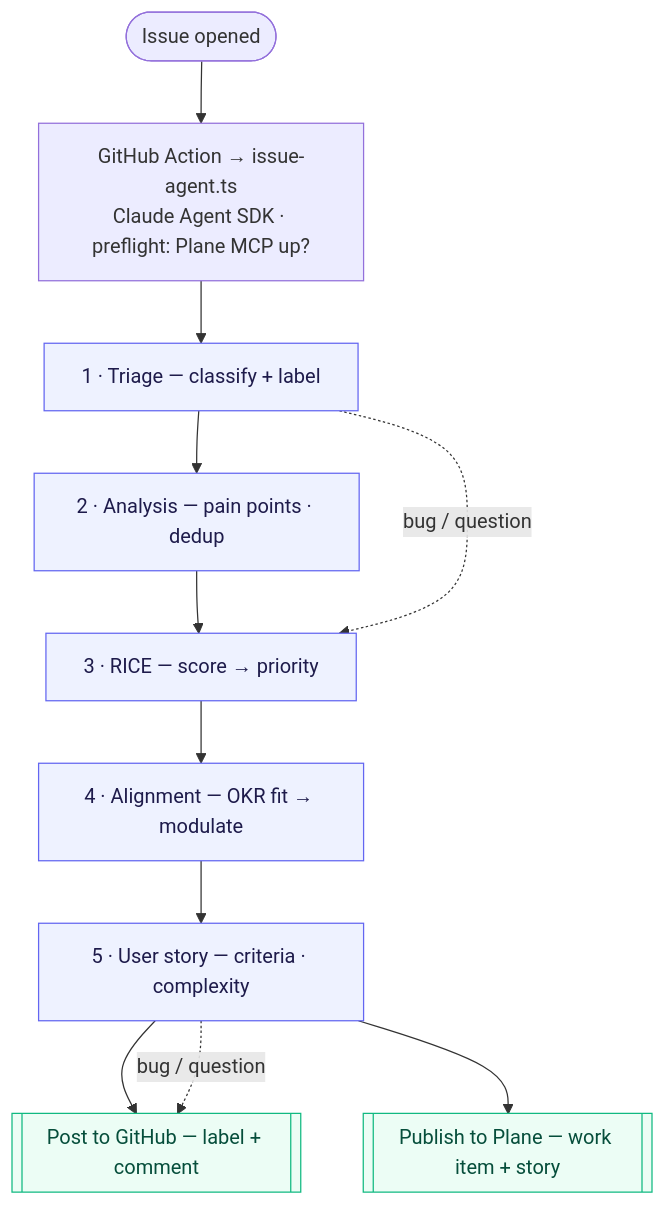
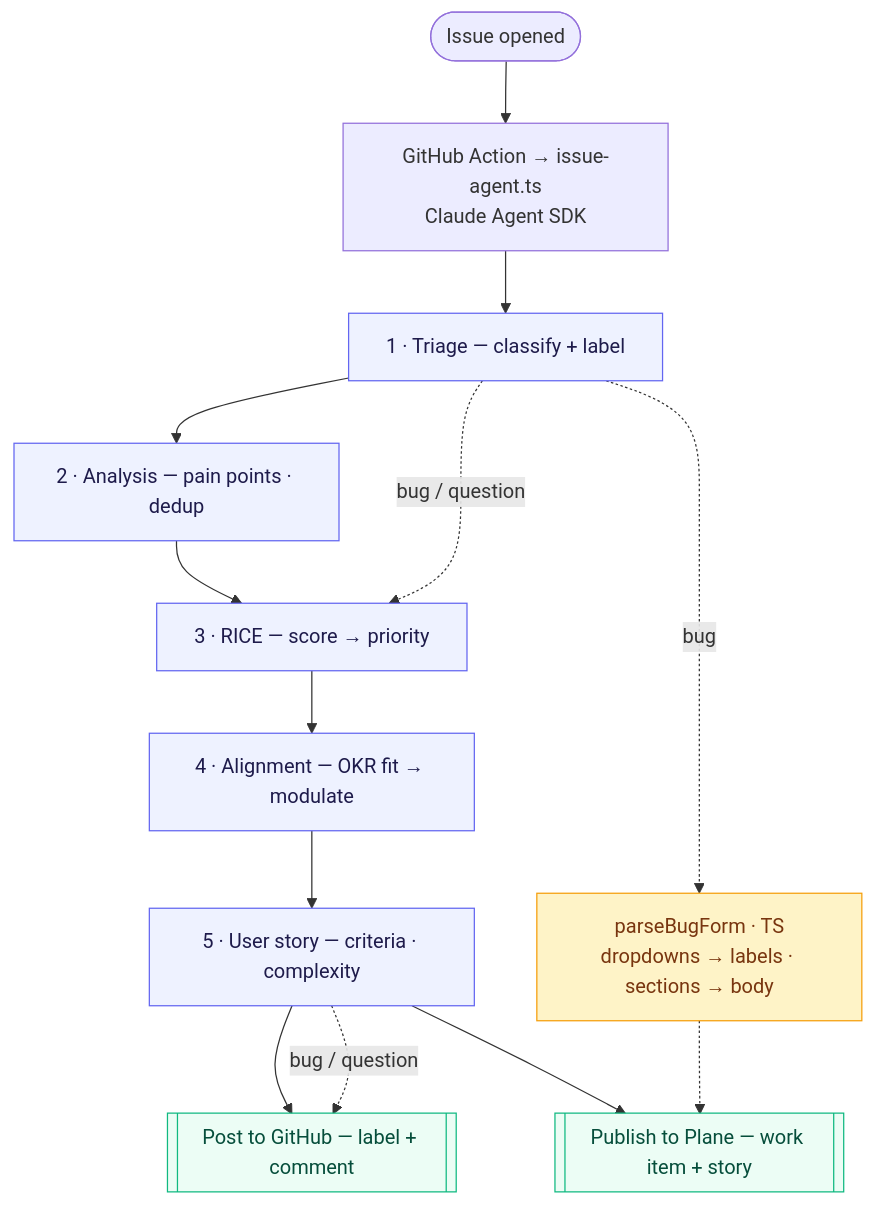
Before and after one commit to IT-ess/plane: the diagram in presentation/po-agent-prez/slides.md, drawn with Mermaid. The commit also changed other lines of this file and 2 other files, not shown here.

````diff
--- a/presentation/po-agent-prez/slides.md
+++ b/presentation/po-agent-prez/slides.md
@@ -173,18 +168,22 @@
 ```mermaid {theme: 'neutral', scale: 0.72}
 flowchart TB
-  A([Issue opened]) --> B[GitHub Action → issue-agent.ts<br/>Claude Agent SDK · preflight: Plane MCP up?]
+  A([Issue opened]) --> B[GitHub Action → issue-agent.ts<br/>Claude Agent SDK]
   B --> T[1 · Triage — classify + label]
   T --> AN[2 · Analysis — pain points · dedup]
   AN --> R[3 · RICE — score → priority]
   R --> AL[4 · Alignment — OKR fit → modulate]
   AL --> S[5 · User story — criteria · complexity]
   S --> O1[[Post to GitHub — label + comment]]
   S --> O2[[Publish to Plane — work item + story]]
   T -. bug / question .-> R
   S -. bug / question .-> O1
+  T -. bug .-> BF[parseBugForm · TS<br/>dropdowns → labels · sections → body]
+  BF -.-> O2
 
   classDef step fill:#eef2ff,stroke:#6366f1,color:#1e1b4b;
   classDef out fill:#ecfdf5,stroke:#10b981,color:#064e3b;
+  classDef guard fill:#fef3c7,stroke:#f59e0b,color:#78350f;
   class T,AN,R,AL,S step;
   class O1,O2 out;
+  class BF guard;
 ```
````
